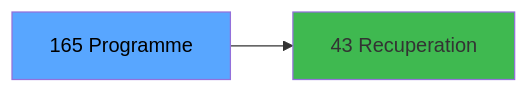
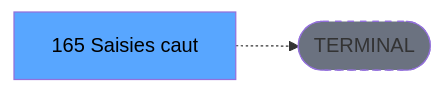
Before and after one commit to thonyAGP/lecteur-magic: the third of 3 diagrams in .openspec/renders/ADH-IDE-165.md, drawn with Mermaid. The commit also changed other lines of this file and 701 other files, not shown here.

````diff
--- a/.openspec/renders/ADH-IDE-165.md
+++ b/.openspec/renders/ADH-IDE-165.md
@@ -133,8 +136,8 @@
 ```mermaid
 graph LR
-    T[165 Programme]
-    C43[43 Recuperation]
-    T --> C43
+    T[165    Saisies caut]
+    TERM([TERMINAL])
+    T -.-> TERM
+    style TERM fill:#6b7280,stroke-dasharray: 5 5
     style T fill:#58a6ff,color:#000
-    style C43 fill:#3fb950
 ```
````
